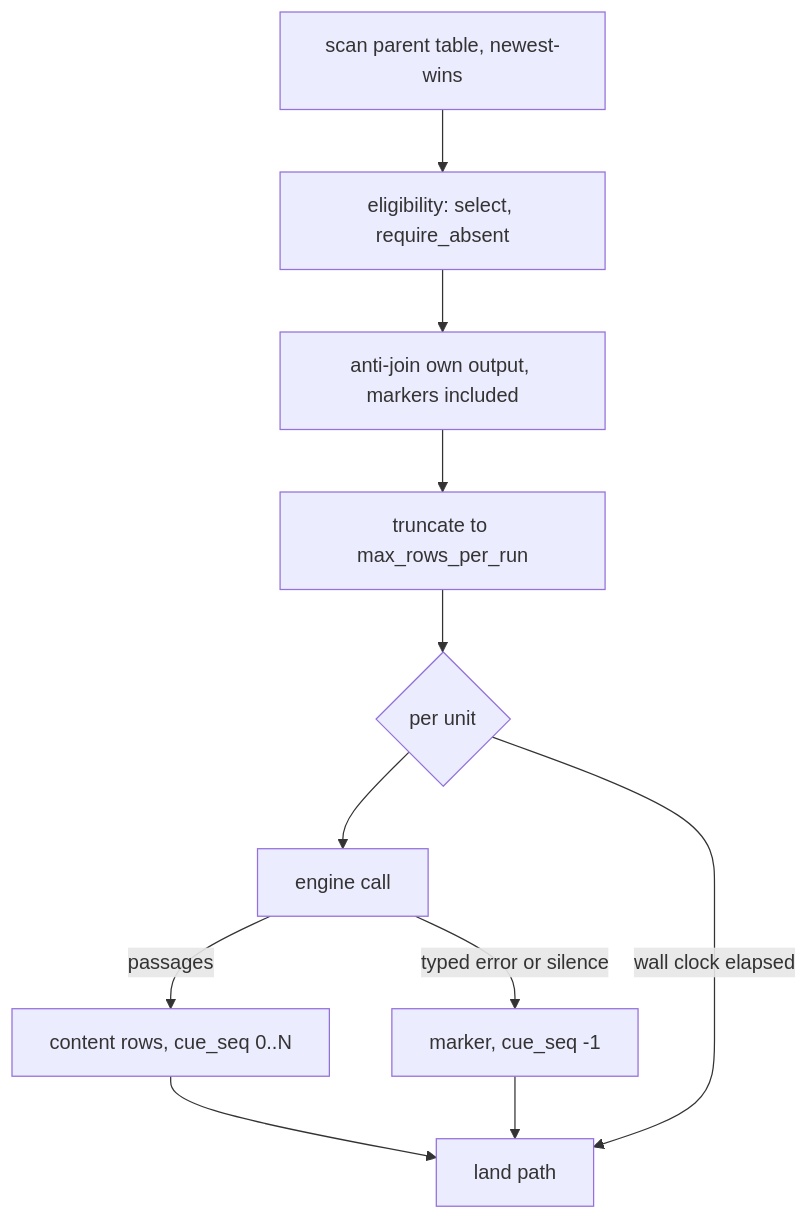
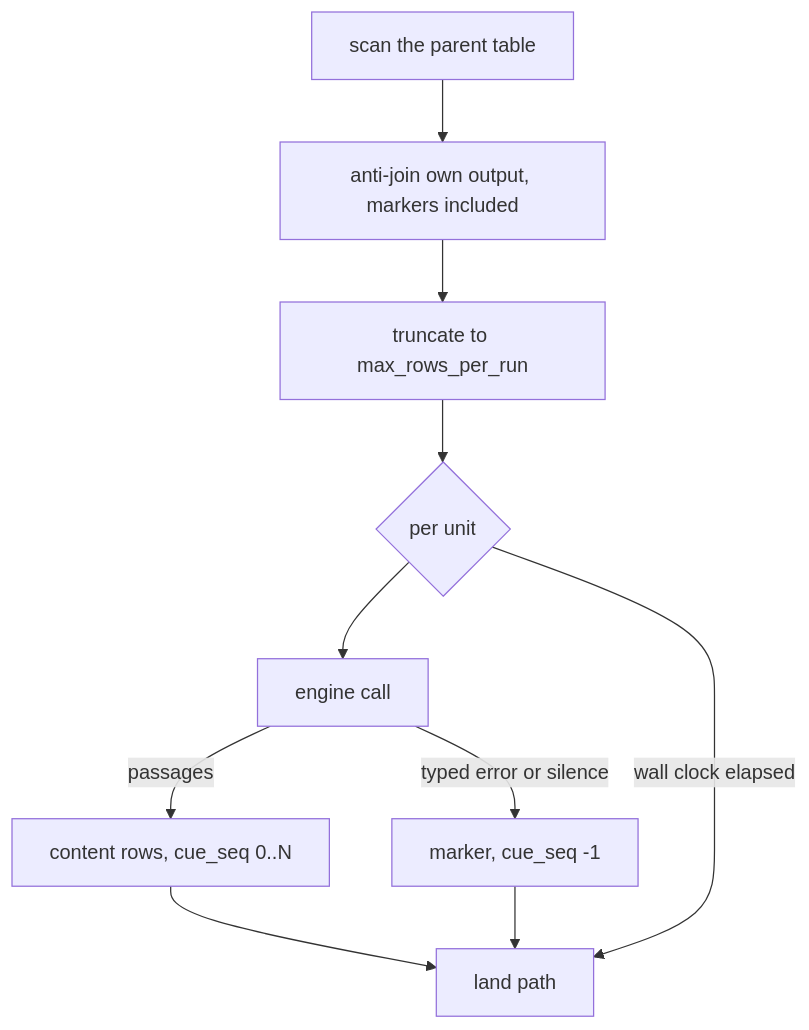
One commit to fractalboxdev/contextful changed the fourth of 4 diagrams in spec/32-derive.md. Above: the diagram before and after it, drawn with Mermaid. The commit also changed other lines of this file and 7 other files, not shown here.

````diff
--- a/spec/32-derive.md
+++ b/spec/32-derive.md
@@ -215,13 +214,12 @@
 ```mermaid
 flowchart TD
-  A["scan parent table, newest-wins"] --> B["eligibility: select, require_absent"]
-  B --> C["anti-join own output, markers included"]
+  A["scan the parent table"] --> C["anti-join own output, markers included"]
   C --> D["truncate to max_rows_per_run"]
   D --> E{"per unit"}
   E --> F["engine call"]
   F -->|passages| G["content rows, cue_seq 0..N"]
   F -->|typed error or silence| H["marker, cue_seq -1"]
   G --> I["land path"]
   H --> I
   E -->|wall clock elapsed| I
 ```
````
